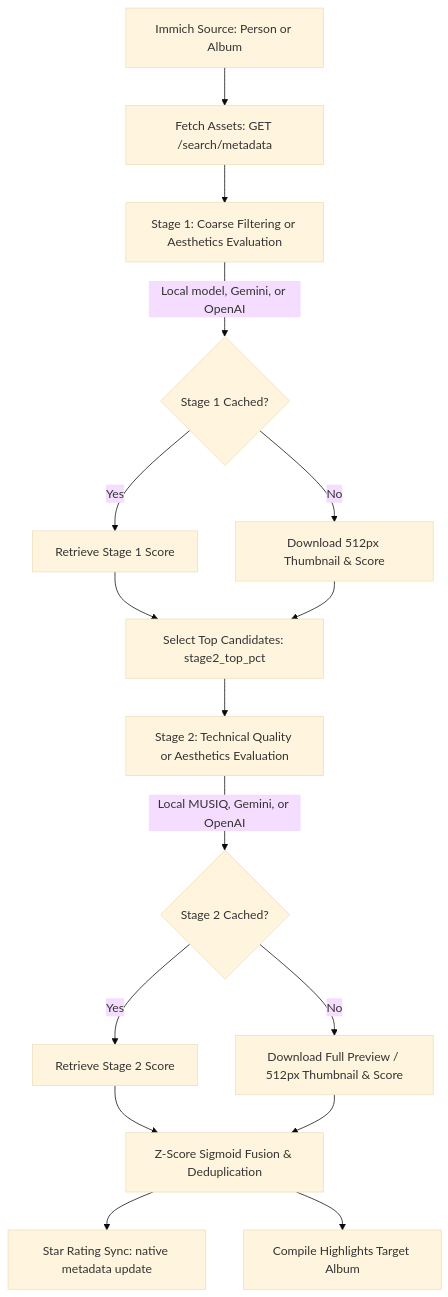
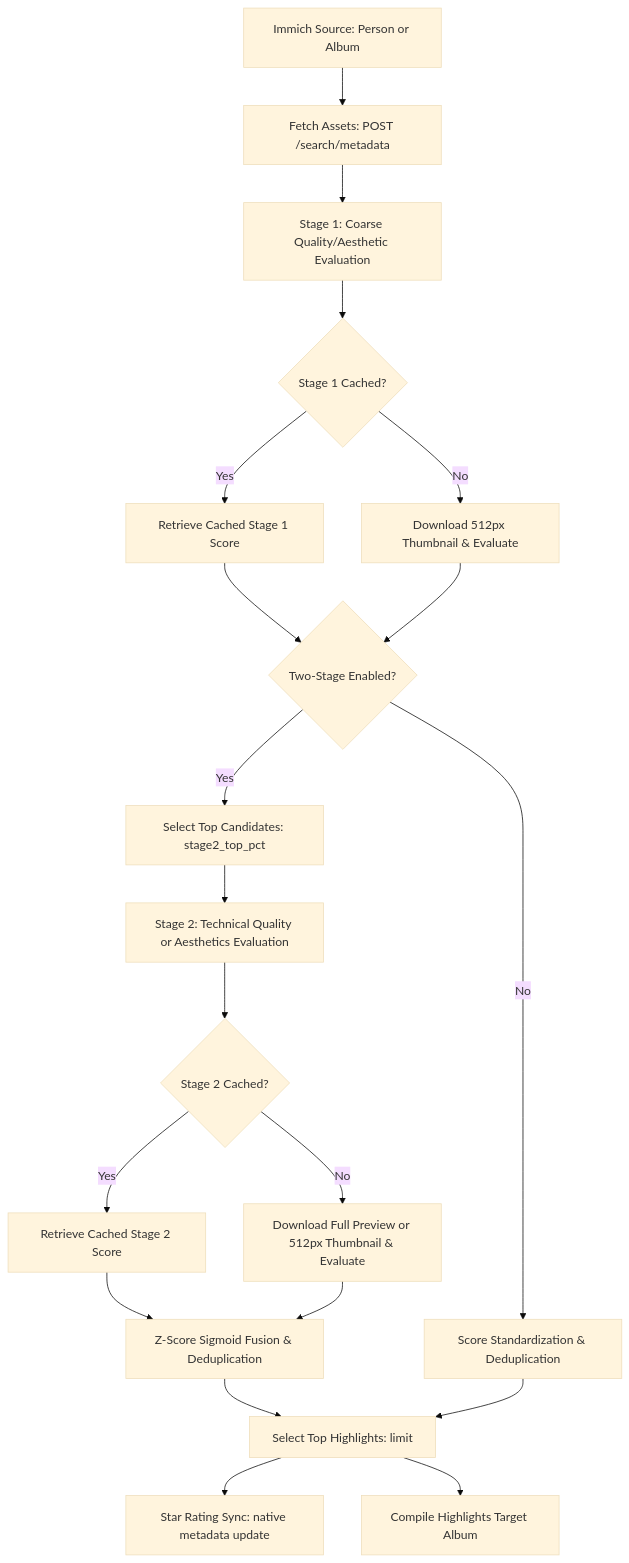
Before and after one commit to jbelew/immich-aesthetic-scorer: the diagram in README.md, drawn with Mermaid (base theme). The commit also changed other lines of this file, not shown here.

Commit message:
docs: update system architecture flow diagram in README
- Correct Immich API endpoint method to POST
- Add branch for single-stage vs two-stage pipelines
- Detail top highlights limit selection and subsequent sync/compilation steps

````diff
--- a/README.md
+++ b/README.md
@@ -17,18 +17,26 @@
 ```mermaid
 graph TD
-    A[Immich Source: Person or Album] --> B[Fetch Assets: GET /search/metadata]
-    B --> C[Stage 1: Coarse Filtering or Aesthetics Evaluation]
-    C -->|Local model, Gemini, or OpenAI| D{Stage 1 Cached?}
-    D -->|Yes| E[Retrieve Stage 1 Score]
-    D -->|No| F[Download 512px Thumbnail & Score]
-    E --> G[Select Top Candidates: stage2_top_pct]
-    F --> G
-    G --> H[Stage 2: Technical Quality or Aesthetics Evaluation]
-    H -->|Local MUSIQ, Gemini, or OpenAI| I{Stage 2 Cached?}
-    I -->|Yes| J[Retrieve Stage 2 Score]
-    I -->|No| K[Download Full Preview / 512px Thumbnail & Score]
-    J --> L[Z-Score Sigmoid Fusion & Deduplication]
-    K --> L
-    L --> M[Star Rating Sync: native metadata update]
-    L --> N[Compile Highlights Target Album]
+    A[Immich Source: Person or Album] --> B[Fetch Assets: POST /search/metadata]
+    B --> C[Stage 1: Coarse Quality/Aesthetic Evaluation]
+    C --> D{Stage 1 Cached?}
+    D -->|Yes| E[Retrieve Cached Stage 1 Score]
+    D -->|No| F[Download 512px Thumbnail & Evaluate]
+    E --> H{Two-Stage Enabled?}
+    F --> H
+
+    H -->|Yes| I[Select Top Candidates: stage2_top_pct]
+    I --> J[Stage 2: Technical Quality or Aesthetics Evaluation]
+    J --> K{Stage 2 Cached?}
+    K -->|Yes| L[Retrieve Cached Stage 2 Score]
+    K -->|No| M[Download Full Preview or 512px Thumbnail & Evaluate]
+    L --> N[Z-Score Sigmoid Fusion & Deduplication]
+    M --> N
+
+    H -->|No| O[Score Standardization & Deduplication]
+
+    N --> P[Select Top Highlights: limit]
+    O --> P
+
+    P --> Q[Star Rating Sync: native metadata update]
+    P --> R[Compile Highlights Target Album]
 ```
````
